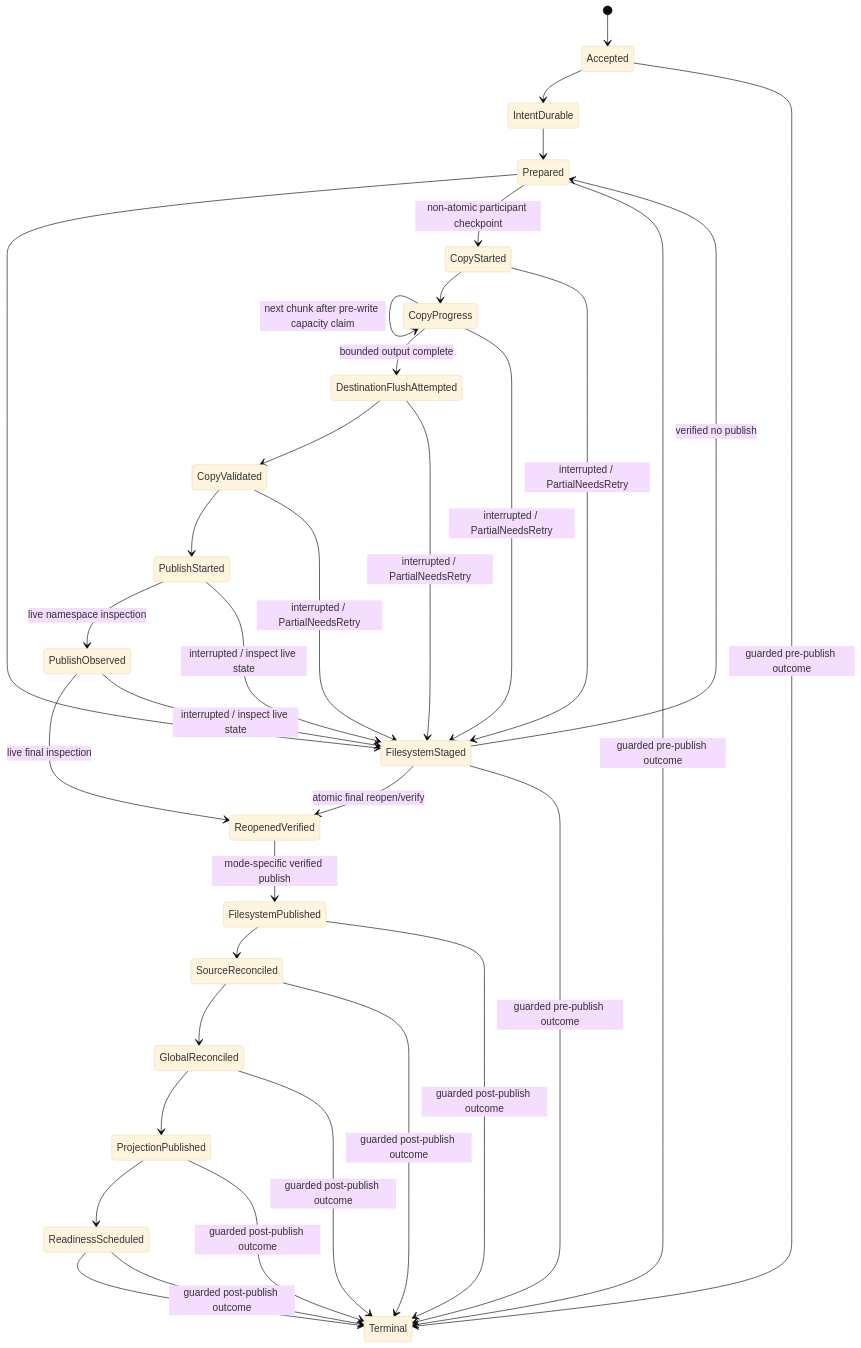
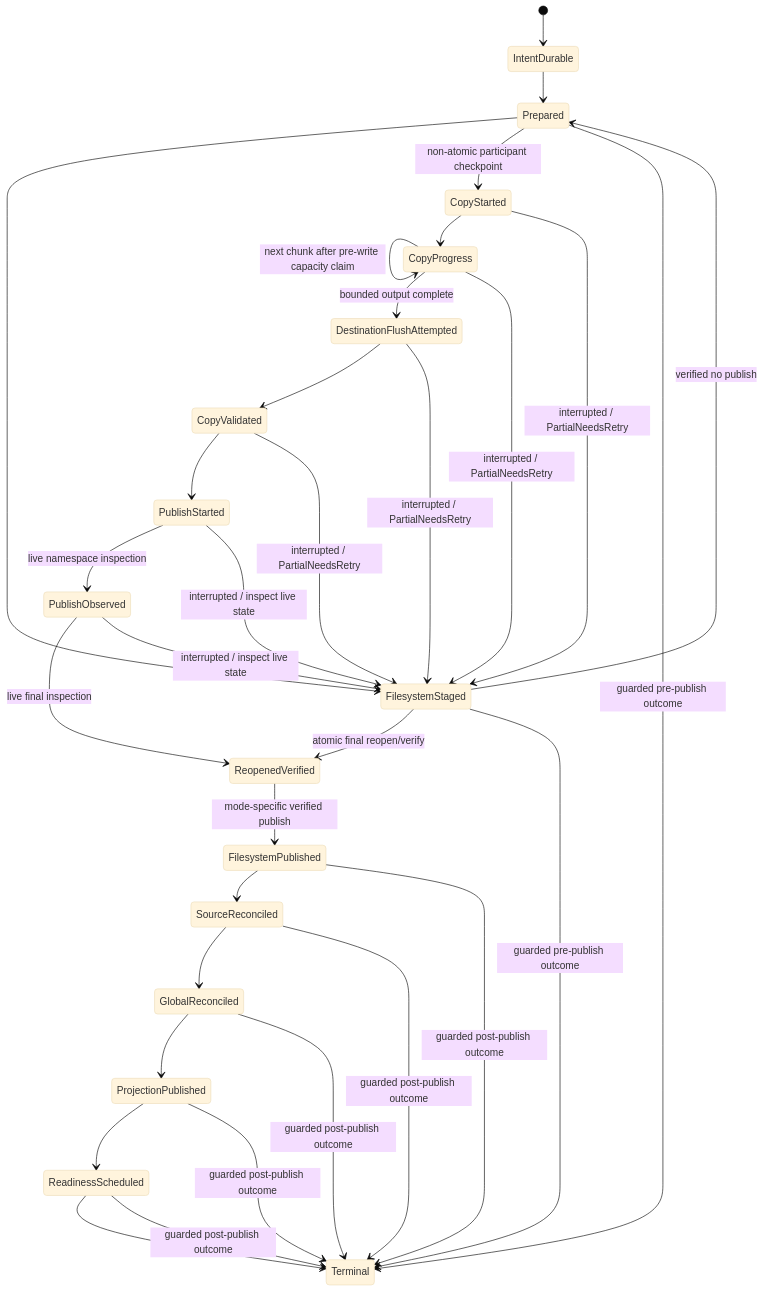
One commit to PORTALSURFER/sempal changed the diagram in docs/IO_ARCHITECTURE_TARGET.md. Above: the diagram before and after it, drawn with Mermaid (base theme). The commit also changed other lines of this file, not shown here.

Commit message:
docs: define pre-intent admission rejection

````diff
--- a/docs/IO_ARCHITECTURE_TARGET.md
+++ b/docs/IO_ARCHITECTURE_TARGET.md
@@ -427,37 +450,35 @@
 ```mermaid
 stateDiagram-v2
-    [*] --> Accepted
-    Accepted --> IntentDurable
+    [*] --> IntentDurable
     IntentDurable --> Prepared
     Prepared --> FilesystemStaged
     FilesystemStaged --> ReopenedVerified : atomic final reopen/verify
     Prepared --> CopyStarted : non-atomic participant checkpoint
     CopyStarted --> CopyProgress
     CopyProgress --> CopyProgress : next chunk after pre-write capacity claim
     CopyProgress --> DestinationFlushAttempted : bounded output complete
     DestinationFlushAttempted --> CopyValidated
     CopyValidated --> PublishStarted
     PublishStarted --> PublishObserved : live namespace inspection
     PublishObserved --> ReopenedVerified : live final inspection
     CopyStarted --> FilesystemStaged : interrupted / PartialNeedsRetry
     CopyProgress --> FilesystemStaged : interrupted / PartialNeedsRetry
     DestinationFlushAttempted --> FilesystemStaged : interrupted / PartialNeedsRetry
     CopyValidated --> FilesystemStaged : interrupted / PartialNeedsRetry
     PublishStarted --> FilesystemStaged : interrupted / inspect live state
     PublishObserved --> FilesystemStaged : interrupted / inspect live state
     ReopenedVerified --> FilesystemPublished : mode-specific verified publish
     FilesystemStaged --> Prepared : verified no publish
     FilesystemPublished --> SourceReconciled
     SourceReconciled --> GlobalReconciled
     GlobalReconciled --> ProjectionPublished
     ProjectionPublished --> ReadinessScheduled
     ReadinessScheduled --> Terminal
-    Accepted --> Terminal : guarded pre-publish outcome
     Prepared --> Terminal : guarded pre-publish outcome
     FilesystemStaged --> Terminal : guarded pre-publish outcome
     FilesystemPublished --> Terminal : guarded post-publish outcome
     SourceReconciled --> Terminal : guarded post-publish outcome
     GlobalReconciled --> Terminal : guarded post-publish outcome
     ProjectionPublished --> Terminal : guarded post-publish outcome
     ReadinessScheduled --> Terminal : guarded post-publish outcome
 ```
````
